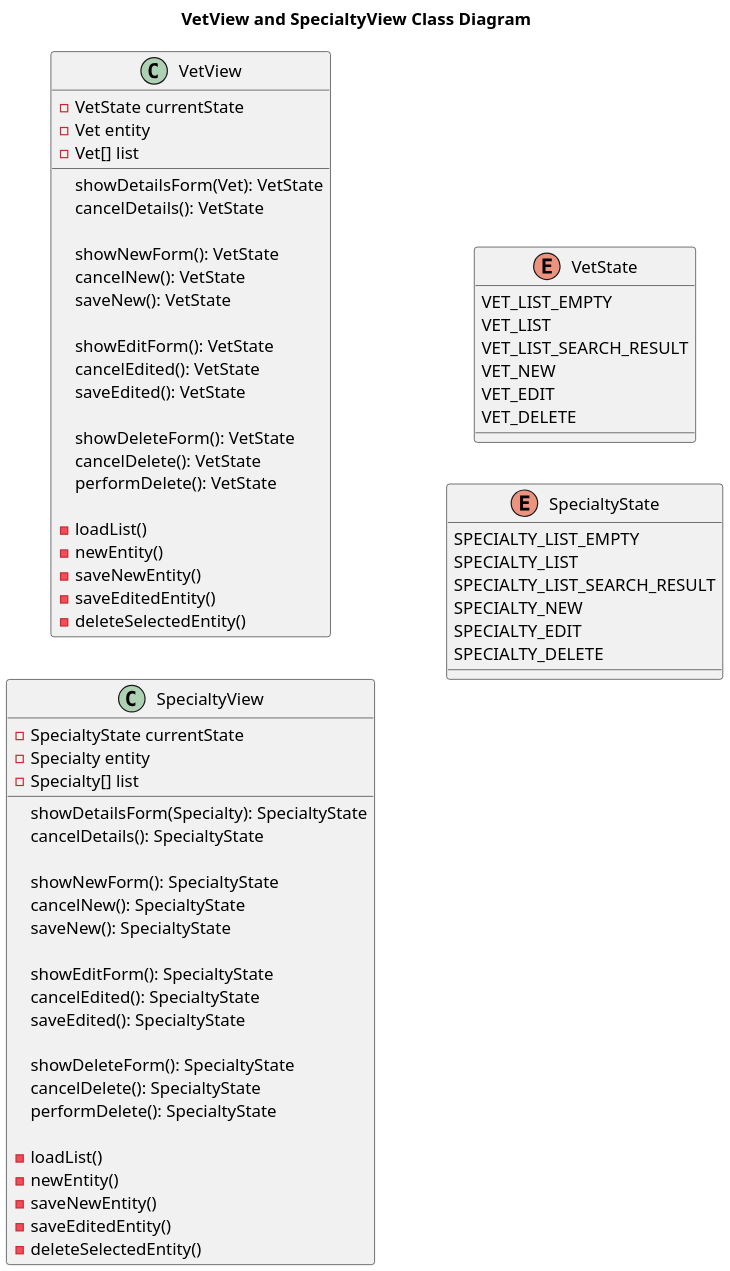
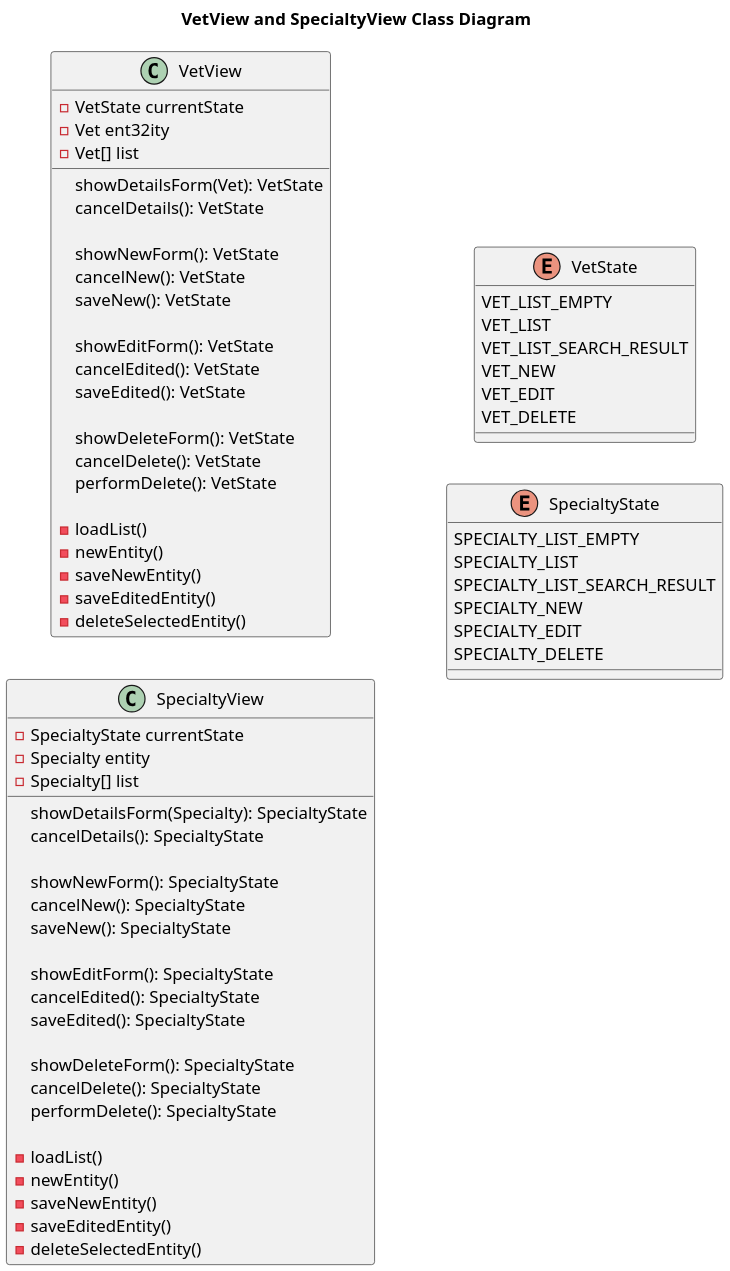
One commit to Jakarta-EE-Petclinic/petclinic-uml changed the diagram in etc/puml/vet/View__Class.puml. Above: the diagram before and after it, drawn with PlantUML.

```diff
--- a/etc/puml/vet/View__Class.puml
+++ b/etc/puml/vet/View__Class.puml
@@ -1,85 +1,85 @@
 @startuml
 'https://plantuml.com/class-diagram
 
 title VetView and SpecialtyView Class Diagram
 
 left to right direction
 'top to bottom direction
 
 scale 1200 width
 
 class VetView {
 
     - VetState currentState
-    - Vet entity
+    - Vet ent32ity
     - Vet[] list
 
     showDetailsForm(Vet): VetState
     cancelDetails(): VetState
 
     showNewForm(): VetState
     cancelNew(): VetState
     saveNew(): VetState
 
     showEditForm(): VetState
     cancelEdited(): VetState
     saveEdited(): VetState
 
     showDeleteForm(): VetState
     cancelDelete(): VetState
     performDelete(): VetState
 
     - loadList()
     - newEntity()
     - saveNewEntity()
     - saveEditedEntity()
     - deleteSelectedEntity()
 }
 
 class SpecialtyView {
 
     - SpecialtyState currentState
     - Specialty entity
     - Specialty[] list
 
     showDetailsForm(Specialty): SpecialtyState
     cancelDetails(): SpecialtyState
 
     showNewForm(): SpecialtyState
     cancelNew(): SpecialtyState
     saveNew(): SpecialtyState
 
     showEditForm(): SpecialtyState
     cancelEdited(): SpecialtyState
     saveEdited(): SpecialtyState
 
     showDeleteForm(): SpecialtyState
     cancelDelete(): SpecialtyState
     performDelete(): SpecialtyState
 
     - loadList()
     - newEntity()
     - saveNewEntity()
     - saveEditedEntity()
     - deleteSelectedEntity()
 }
 
 enum VetState {
     VET_LIST_EMPTY
     VET_LIST
     VET_LIST_SEARCH_RESULT
     VET_NEW
     VET_EDIT
     VET_DELETE
 }
 
 enum SpecialtyState {
     SPECIALTY_LIST_EMPTY
     SPECIALTY_LIST
     SPECIALTY_LIST_SEARCH_RESULT
     SPECIALTY_NEW
     SPECIALTY_EDIT
     SPECIALTY_DELETE
 }
 
 @enduml
```
